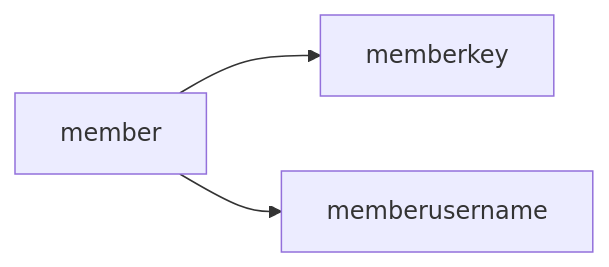
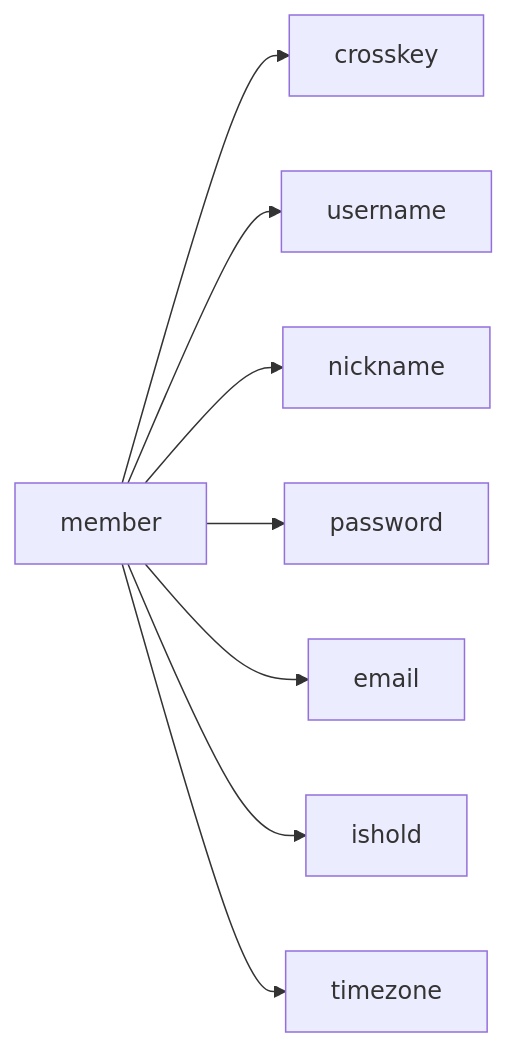
One commit to Binge/api changed the first of 2 diagrams in README.md. Above: the diagram before and after it, drawn with Mermaid. The commit also changed other lines of this file, not shown here.

````diff
--- a/README.md
+++ b/README.md
@@ -23,5 +23,10 @@
 ```mermaid
 flowchart LR
-A[member] --> B[memberkey]
-A --> C[memberusername]
+A[member] --> B[crosskey]
+A --> C[username]
+A --> D[nickname]
+A --> E[password]
+A --> F[email]
+A --> G[ishold]
+A --> H[timezone]
 ```
````
